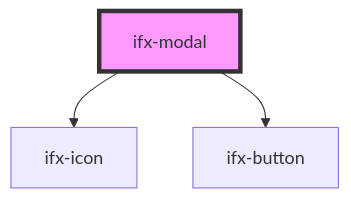
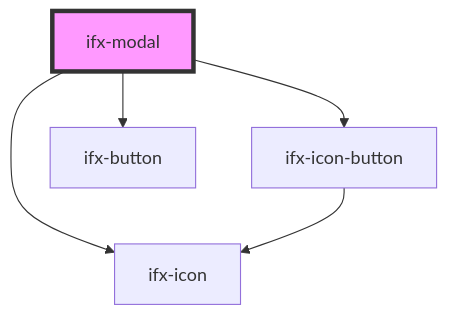
Before and after one commit to Infineon/infineon-design-system-stencil: the diagram in packages/components/src/components/modal/readme.md, drawn with Mermaid. The commit also changed other lines of this file and 8 other files, not shown here.

````diff
--- a/packages/components/src/components/modal/readme.md
+++ b/packages/components/src/components/modal/readme.md
@@ -59,6 +61,8 @@
 ```mermaid
 graph TD;
   ifx-modal --> ifx-icon
+  ifx-modal --> ifx-icon-button
   ifx-modal --> ifx-button
+  ifx-icon-button --> ifx-icon
   style ifx-modal fill:#f9f,stroke:#333,stroke-width:4px
 ```
````
